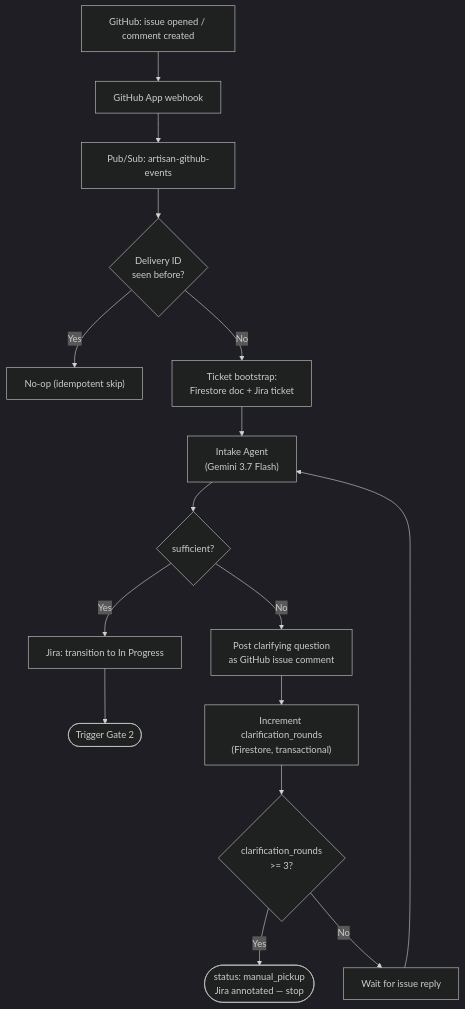
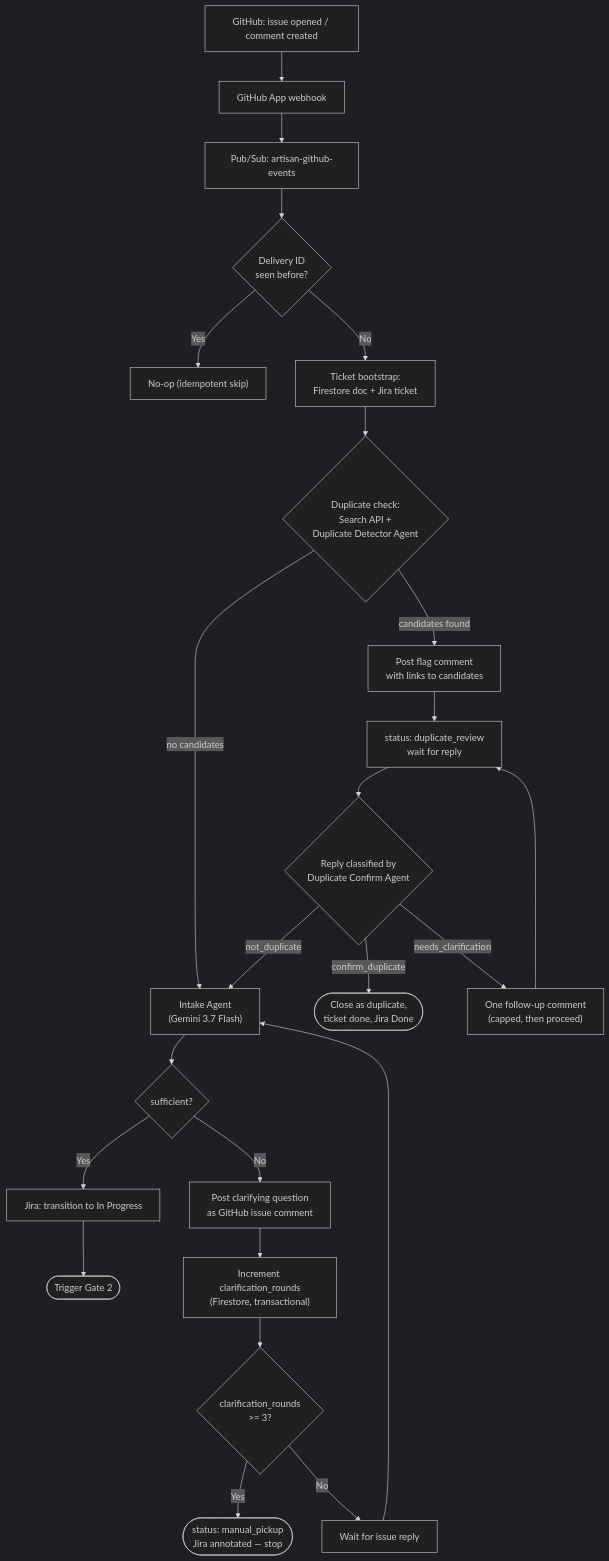
The first of 4 diagrams in docs/SYSTEM_DESIGN.md (403errors/artisan), drawn with Mermaid (dark theme) before and after one commit. The commit also changed other lines of this file and 6 other files, not shown here.

Commit message:
feat: Add duplicate review handling and update related documentation

````diff
--- a/docs/SYSTEM_DESIGN.md
+++ b/docs/SYSTEM_DESIGN.md
@@ -72,18 +76,26 @@
 ```mermaid
 flowchart TD
     A["GitHub: issue opened / comment created"] --> B["GitHub App webhook"]
     B --> C["Pub/Sub: artisan-github-events"]
     C --> D{"Delivery ID\nseen before?"}
     D -- Yes --> Z1["No-op (idempotent skip)"]
     D -- No --> E["Ticket bootstrap:\nFirestore doc + Jira ticket"]
-    E --> F["Intake Agent\n(Gemini 3.7 Flash)"]
-    F --> G{"sufficient?"}
-    G -- Yes --> H["Jira: transition to In Progress"]
-    H --> I(["Trigger Gate 2"])
-    G -- No --> J["Post clarifying question\nas GitHub issue comment"]
-    J --> K["Increment clarification_rounds\n(Firestore, transactional)"]
-    K --> L{"clarification_rounds\n>= 3?"}
-    L -- Yes --> M(["status: manual_pickup\nJira annotated — stop"])
-    L -- No --> N["Wait for issue reply"]
-    N --> F
+    E --> F{"Duplicate check:\nSearch API +\nDuplicate Detector Agent"}
+    F -- "no candidates" --> G["Intake Agent\n(Gemini 3.7 Flash)"]
+    F -- "candidates found" --> H["Post flag comment\nwith links to candidates"]
+    H --> I["status: duplicate_review\nwait for reply"]
+    I --> J{"Reply classified by\nDuplicate Confirm Agent"}
+    J -- "confirm_duplicate" --> K(["Close as duplicate,\nticket done, Jira Done"])
+    J -- "not_duplicate" --> G
+    J -- "needs_clarification" --> L["One follow-up comment\n(capped, then proceed)"]
+    L --> I
+    G --> M{"sufficient?"}
+    M -- Yes --> N["Jira: transition to In Progress"]
+    N --> O(["Trigger Gate 2"])
+    M -- No --> P["Post clarifying question\nas GitHub issue comment"]
+    P --> Q["Increment clarification_rounds\n(Firestore, transactional)"]
+    Q --> R{"clarification_rounds\n>= 3?"}
+    R -- Yes --> S(["status: manual_pickup\nJira annotated — stop"])
+    R -- No --> T["Wait for issue reply"]
+    T --> G
 ```
````
